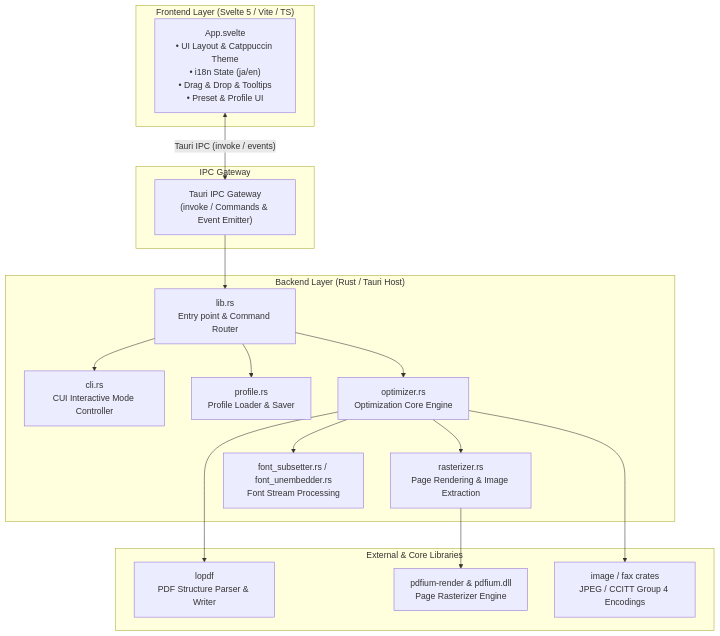
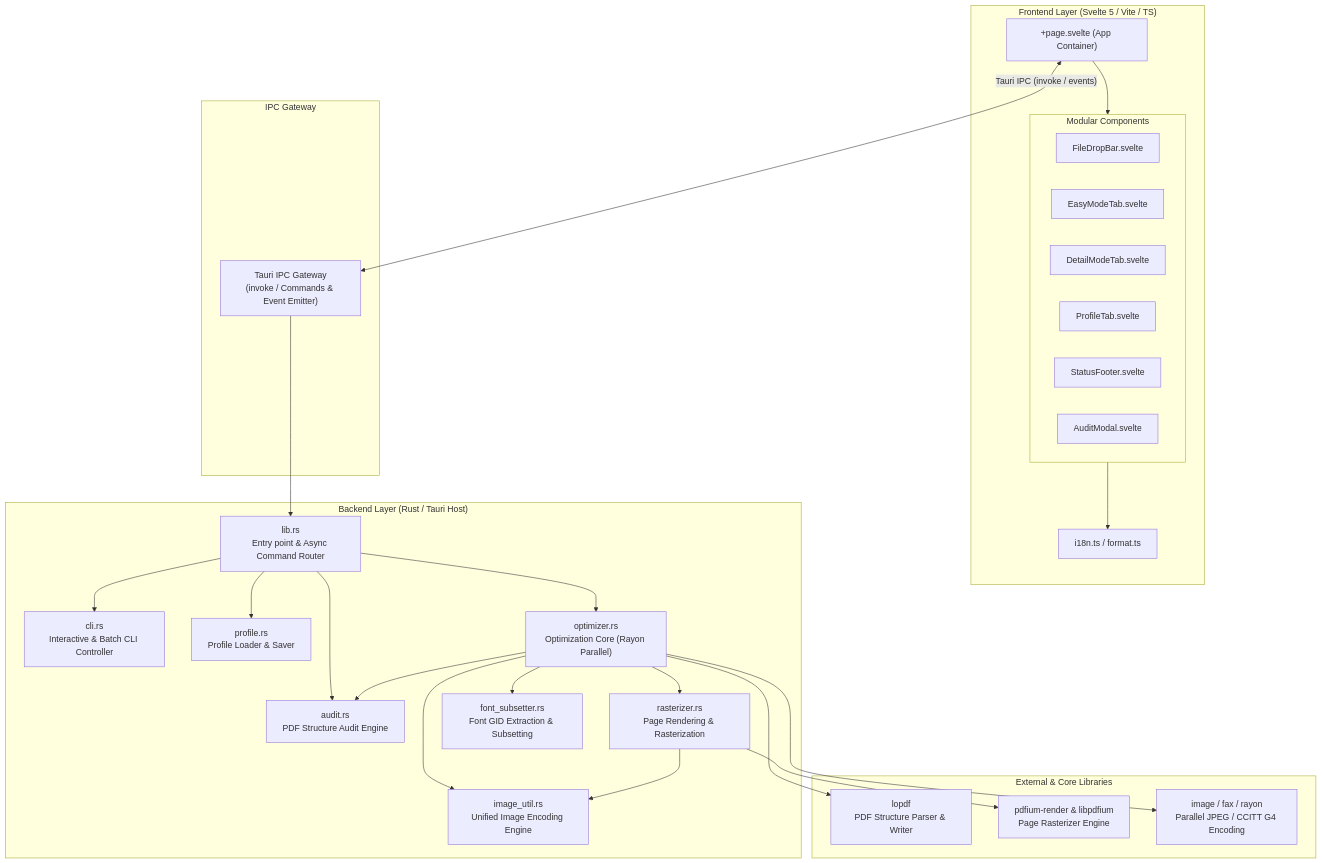
One commit to totatake/MinuoPDF changed the diagram in docs/architecture.rst. Above: the diagram before and after it, drawn with Mermaid. The commit also changed other lines of this file and 28 other files, not shown here.

First line of the commit message:
feat: comprehensive enhancements across architecture, features, performance, and docs

```diff
--- a/docs/architecture.rst
+++ b/docs/architecture.rst
@@ -12,36 +12,53 @@
 .. mermaid::
 
    flowchart TD
        subgraph FE ["Frontend Layer (Svelte 5 / Vite / TS)"]
-           UI["App.svelte<br/>• UI Layout & Catppuccin Theme<br/>• i18n State (ja/en)<br/>• Drag & Drop & Tooltips<br/>• Preset & Profile UI"]
+           APP["+page.svelte (App Container)"]
+           subgraph COMPONENTS ["Modular Components"]
+               FDB["FileDropBar.svelte"]
+               EMT["EasyModeTab.svelte"]
+               DMT["DetailModeTab.svelte"]
+               PFT["ProfileTab.svelte"]
+               STF["StatusFooter.svelte"]
+               AUM["AuditModal.svelte"]
+           end
+           I18N["i18n.ts / format.ts"]
+           APP --> COMPONENTS
+           COMPONENTS --> I18N
        end
 
        subgraph IPC ["IPC Gateway"]
            GATEWAY["Tauri IPC Gateway<br/>(invoke / Commands & Event Emitter)"]
        end
 
        subgraph BE ["Backend Layer (Rust / Tauri Host)"]
-           ENTRY["lib.rs<br/>Entry point & Command Router"]
-           CLI["cli.rs<br/>CUI Interactive Mode Controller"]
+           ENTRY["lib.rs<br/>Entry point & Async Command Router"]
+           CLI["cli.rs<br/>Interactive & Batch CLI Controller"]
            PROF["profile.rs<br/>Profile Loader & Saver"]
-           OPT["optimizer.rs<br/>Optimization Core Engine"]
-           RAST["rasterizer.rs<br/>Page Rendering & Image Extraction"]
-           FONT["font_subsetter.rs / font_unembedder.rs<br/>Font Stream Processing"]
+           OPT["optimizer.rs<br/>Optimization Core (Rayon Parallel)"]
+           IMG["image_util.rs<br/>Unified Image Encoding Engine"]
+           AUDIT["audit.rs<br/>PDF Structure Audit Engine"]
+           RAST["rasterizer.rs<br/>Page Rendering & Rasterization"]
+           FONT["font_subsetter.rs<br/>Font GID Extraction & Subsetting"]
        end
 
        subgraph CORE ["External & Core Libraries"]
            LOPDF["lopdf<br/>PDF Structure Parser & Writer"]
-           PDFIUM["pdfium-render & pdfium.dll<br/>Page Rasterizer Engine"]
-           CRATES["image / fax crates<br/>JPEG / CCITT Group 4 Encodings"]
+           PDFIUM["pdfium-render & libpdfium<br/>Page Rasterizer Engine"]
+           CRATES["image / fax / rayon<br/>Parallel JPEG / CCITT G4 Encoding"]
        end
 
-       UI <-->|"Tauri IPC (invoke / events)"| GATEWAY
+       APP <-->|"Tauri IPC (invoke / events)"| GATEWAY
        GATEWAY --> ENTRY
        ENTRY --> CLI
        ENTRY --> PROF
        ENTRY --> OPT
+       ENTRY --> AUDIT
+       OPT --> IMG
+       RAST --> IMG
+       OPT --> AUDIT
        OPT --> RAST
        OPT --> FONT
        OPT --> LOPDF
        RAST --> PDFIUM
        OPT --> CRATES
```
